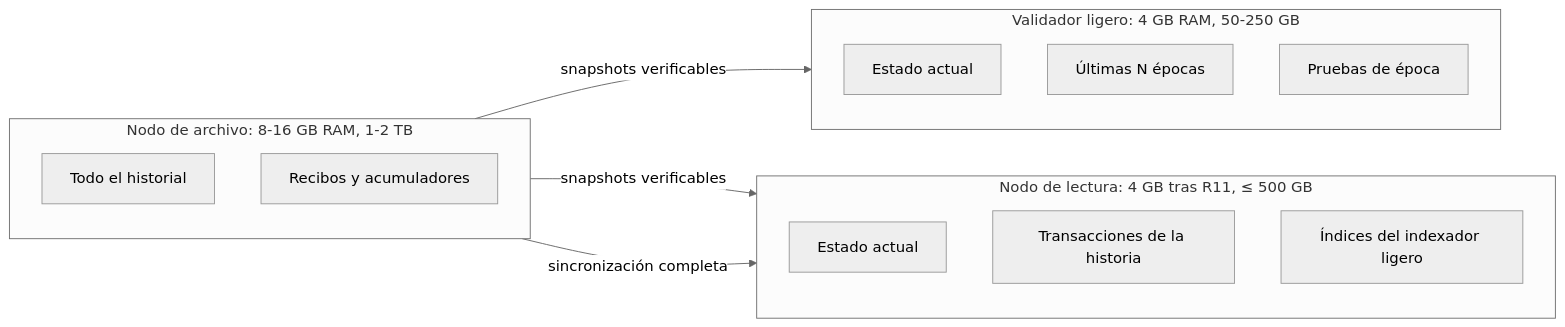
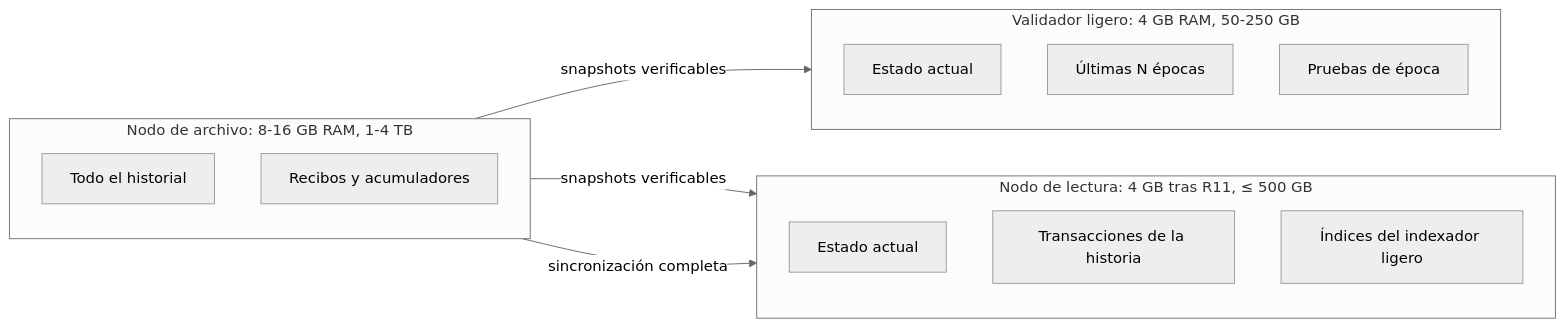
Before and after one commit to dazligth/radix-decentralization-roadmap: the fourth of 4 diagrams in docs/es/09-nodos-ligeros.md, drawn with Mermaid (neutral theme). The commit also changed other lines of this file and 30 other files, not shown here.

````diff
--- a/docs/es/09-nodos-ligeros.md
+++ b/docs/es/09-nodos-ligeros.md
@@ -438,20 +438,20 @@
 ```mermaid
 flowchart LR
     subgraph V["Validador ligero: 4 GB RAM, 50-250 GB"]
         V1["Estado actual"]
         V2["Últimas N épocas"]
         V3["Pruebas de época"]
     end
     subgraph R["Nodo de lectura: 4 GB tras R11, ≤ 500 GB"]
         R1["Estado actual"]
         R2["Transacciones de la historia"]
         R3["Índices del indexador ligero"]
     end
-    subgraph A["Nodo de archivo: 8-16 GB RAM, 1-2 TB"]
+    subgraph A["Nodo de archivo: 8-16 GB RAM, 1-4 TB"]
         A1["Todo el historial"]
         A2["Recibos y acumuladores"]
     end
     A -- "snapshots verificables" --> V
     A -- "snapshots verificables" --> R
     A -- "sincronización completa" --> R
 ```
````
